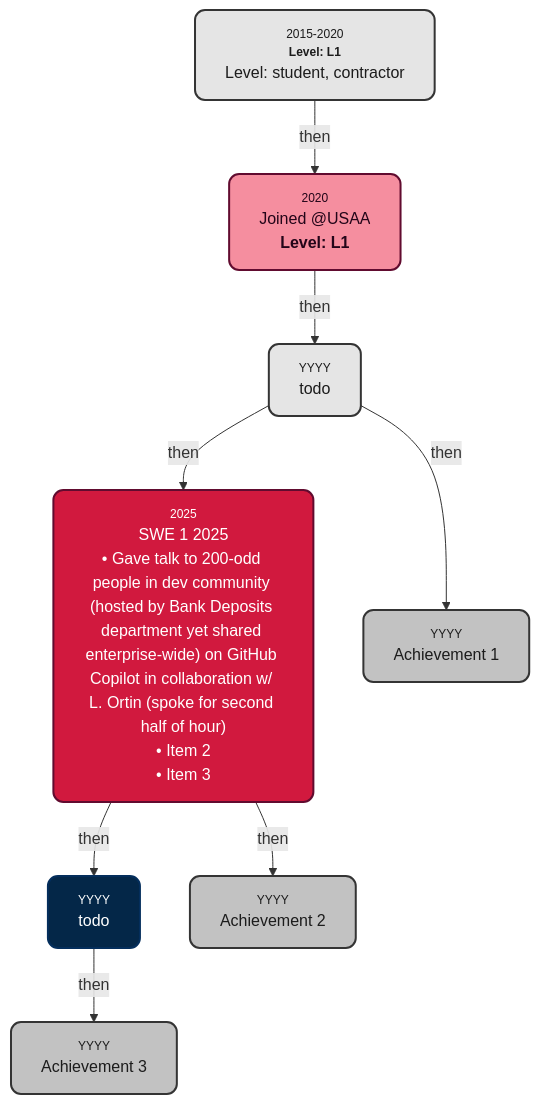
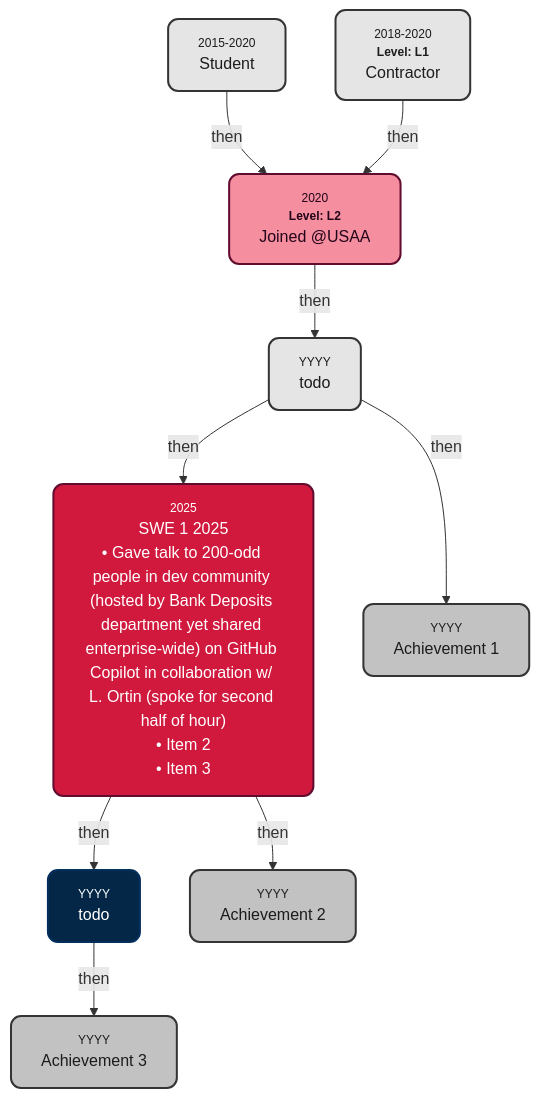
One commit to s-sepanski/portfolio changed the diagram in README.md. Above: the diagram before and after it, drawn with Mermaid.

````diff
--- a/README.md
+++ b/README.md
@@ -25,20 +25,22 @@
 ```mermaid
 graph TD
-    NewNode["<div style='font-size:75%; color:#848484; text-align:center;'>2015-2020</div><div style='font-size:75%; color:#848484; text-align:center;'><b>Level: L1</b></div>Level: student, contractor"] -->|then| A["<div style='font-size:75%; color:#848484; text-align:center;'>2020</div>Joined @USAA<br><b>Level: L1</b>"]
+    PreStudentNode["<div style='font-size:75%;  color:#848484; text-align:center;'>2015-2020</div>Student"] -->|then| A["<div style='font-size:75%; color:#848484; text-align:center;'>2020</div><div style='font-size:75%; color:#848484; text-align:center;'><b>Level: L2</b><br/></div>Joined @USAA<br>"]
+    ContractorNode["<div style='font-size:75%; color:#848484; text-align:center;'>2018-2020</div><div style='font-size:75%; color:#848484; text-align:center;'><b>Level: L1</b></div>Contractor"] -->|then| A
     A -->|then| B["<div style='font-size:75%; color:#848484; text-align:center;'>YYYY</div>todo"]
     B -->|then| C["<div style='font-size:75%; color:#848484; text-align:center;'>2025</div>SWE 1 2025<br>• Gave talk to 200-odd people in dev community (hosted by Bank Deposits department yet shared enterprise-wide) on GitHub Copilot in collaboration w/ L. Ortin (spoke for second half of hour)<br>• Item 2<br>• Item 3"]
     C -->|then| D["<div style='font-size:75%; color:#848484; text-align:center;'>YYYY</div>todo"]
     B -->|then| E["<div style='font-size:75%; color:#848484; text-align:center;'>YYYY</div>Achievement 1"]
     C -->|then| F["<div style='font-size:75%; color:#848484; text-align:center;'>YYYY</div>Achievement 2"]
     D -->|then| G["<div style='font-size:75%; color:#848484; text-align:center;'>YYYY</div>Achievement 3"]
-    style NewNode fill:#e5e5e5,stroke:#343434,stroke-width:2px,color:#1c1c1c
+    style PreStudentNode fill:#e5e5e5,stroke:#343434,stroke-width:2px,color:#1c1c1c
+    style ContractorNode fill:#e5e5e5,stroke:#343434,stroke-width:2px,color:#1c1c1c
     style A fill:#f58e9f,stroke:#610b2f,stroke-width:2px,color:#230519
     style B fill:#e5e5e5,stroke:#343434,stroke-width:2px,color:#1c1c1c
     style C fill:#d1193e,stroke:#610b2f,stroke-width:2px,color:#FFFFFF
     style D fill:#042748,stroke:#042e5c,stroke-width:2px,color:#FFFFFF
     style E fill:#c2c2c2,stroke:#343434,stroke-width:2px,color:#1c1c1c
     style F fill:#c2c2c2,stroke:#343434,stroke-width:2px,color:#1c1c1c
     style G fill:#c2c2c2,stroke:#343434,stroke-width:2px,color:#1c1c1c
     classDef rounded stroke-width:2px,rx:10,ry:10;
-    class NewNode,A,B,C,D,E,F,G rounded;
+    class PreStudentNode,ContractorNode,A,B,C,D,E,F,G rounded;
 ```
````
